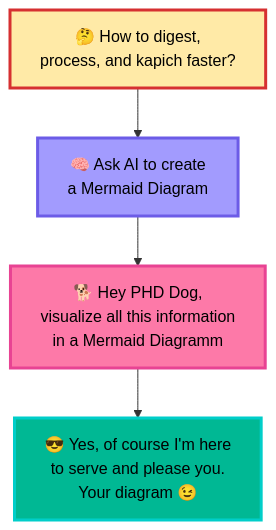
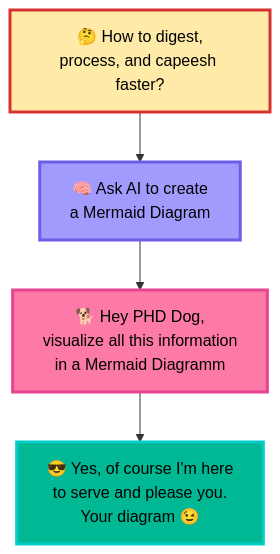
One commit to JohnSchweden/sololevel changed the diagram in docs/1_LinkedIn/funny-steps-diagram.mermaid. Above: the diagram before and after it, drawn with Mermaid. The commit also changed 205 other files, not shown here.

```diff
--- a/docs/1_LinkedIn/funny-steps-diagram.mermaid
+++ b/docs/1_LinkedIn/funny-steps-diagram.mermaid
@@ -1,9 +1,9 @@
 flowchart TD
-    A[🤔 How to digest,<br/>process, and kapich faster?] --> B[🧠 Ask AI to create<br/>a Mermaid Diagram]
+    A[🤔 How to digest,<br/>process, and capeesh faster?] --> B[🧠 Ask AI to create<br/>a Mermaid Diagram]
     B --> C[🐕 Hey PHD Dog,<br/>visualize all this information<br/>in a Mermaid Diagramm]
     C --> D[😎 Yes, of course I'm here<br/>to serve and please you.<br/>Your diagram 😉]
 
     style A fill:#ffeaa7,stroke:#d63031,stroke-width:3px,color:#000000
     style B fill:#a29bfe,stroke:#6c5ce7,stroke-width:3px,color:#000000
     style C fill:#fd79a8,stroke:#e84393,stroke-width:3px,color:#000000
     style D fill:#00b894,stroke:#00cec9,stroke-width:3px,color:#000000
```
